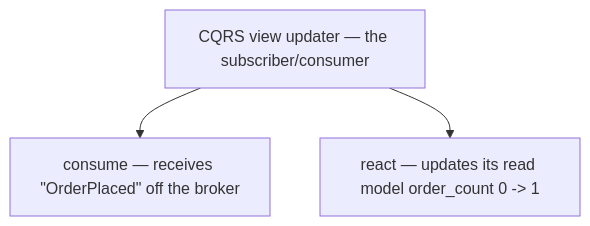
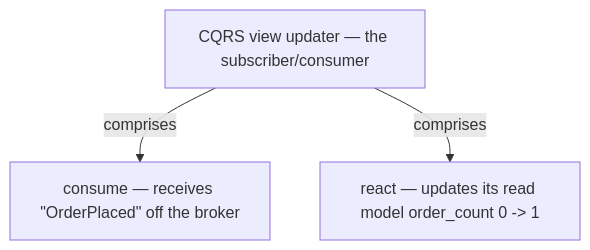
The sixth of 12 diagrams in docs/ch17-domain-event.md (vinayakuber/microservices-io-study-guide), drawn with Mermaid before and after one commit. The commit also changed other lines of this file and 71 other files, not shown here.

First line of the commit message:
R18: label every diagram arrow with its meaning

````diff
--- a/docs/ch17-domain-event.md
+++ b/docs/ch17-domain-event.md
@@ -190,6 +190,6 @@
 ```mermaid
 flowchart TD
   R["CQRS view updater — the subscriber/consumer"]
-  R --> P0["consume — receives #quot;OrderPlaced#quot; off the broker"]
-  R --> P1["react — updates its read model order_count 0 -&gt; 1"]
+  R -->|"comprises"| P0["consume — receives #quot;OrderPlaced#quot; off the broker"]
+  R -->|"comprises"| P1["react — updates its read model order_count 0 -&gt; 1"]
 ```
````
